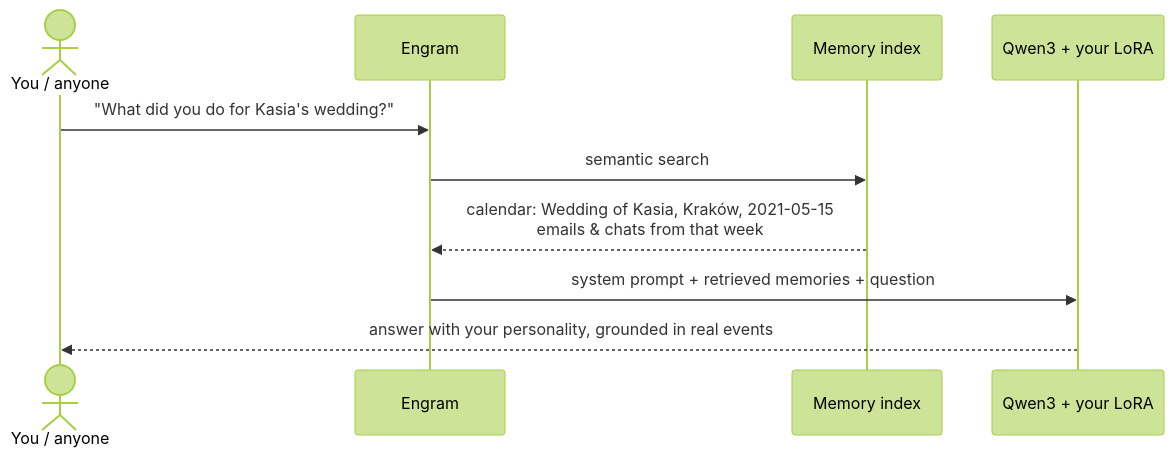
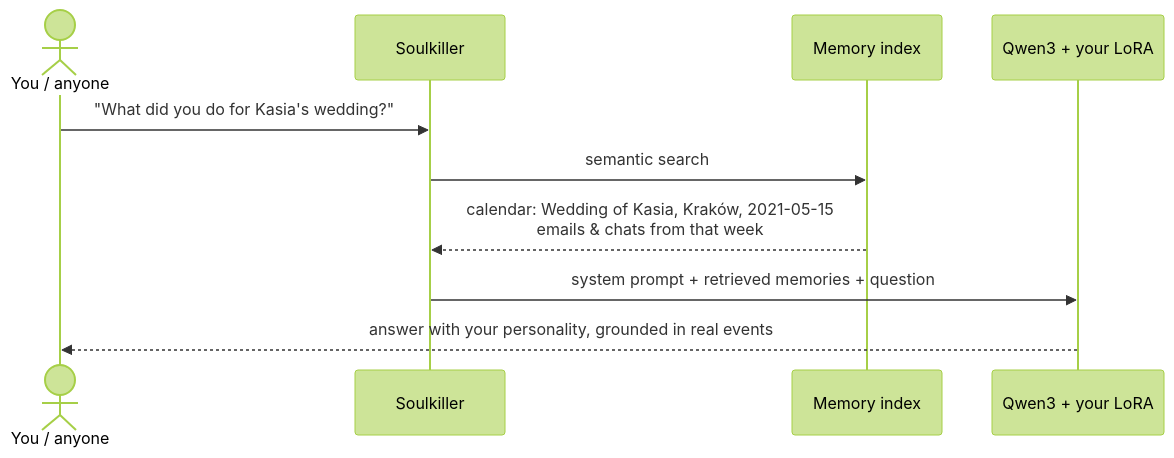
One commit to michaljach/soulkiller changed the second of 2 diagrams in README.md. Above: the diagram before and after it, drawn with Mermaid (forest theme). The commit also changed other lines of this file, not shown here.

First line of the commit message:
README: rename engram to Soulkiller

````diff
--- a/README.md
+++ b/README.md
@@ -239,12 +239,12 @@
 ```mermaid
 sequenceDiagram
     actor Q as You / anyone
-    participant E as Engram
+    participant E as Soulkiller
     participant I as Memory index
     participant L as Qwen3 + your LoRA
     Q->>E: "What did you do for Kasia's wedding?"
     E->>I: semantic search
     I-->>E: calendar: Wedding of Kasia, Kraków, 2021-05-15<br/>emails & chats from that week
     E->>L: system prompt + retrieved memories + question
     L-->>Q: answer with your personality, grounded in real events
 ```
````
